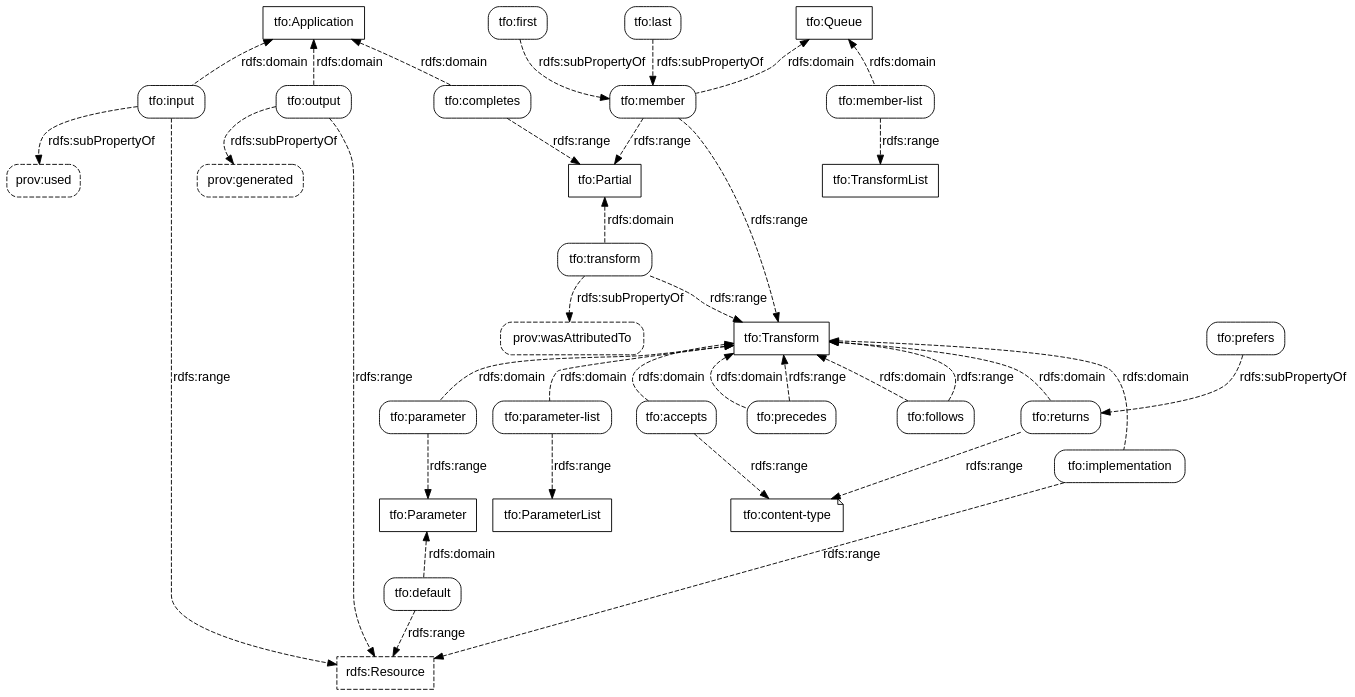
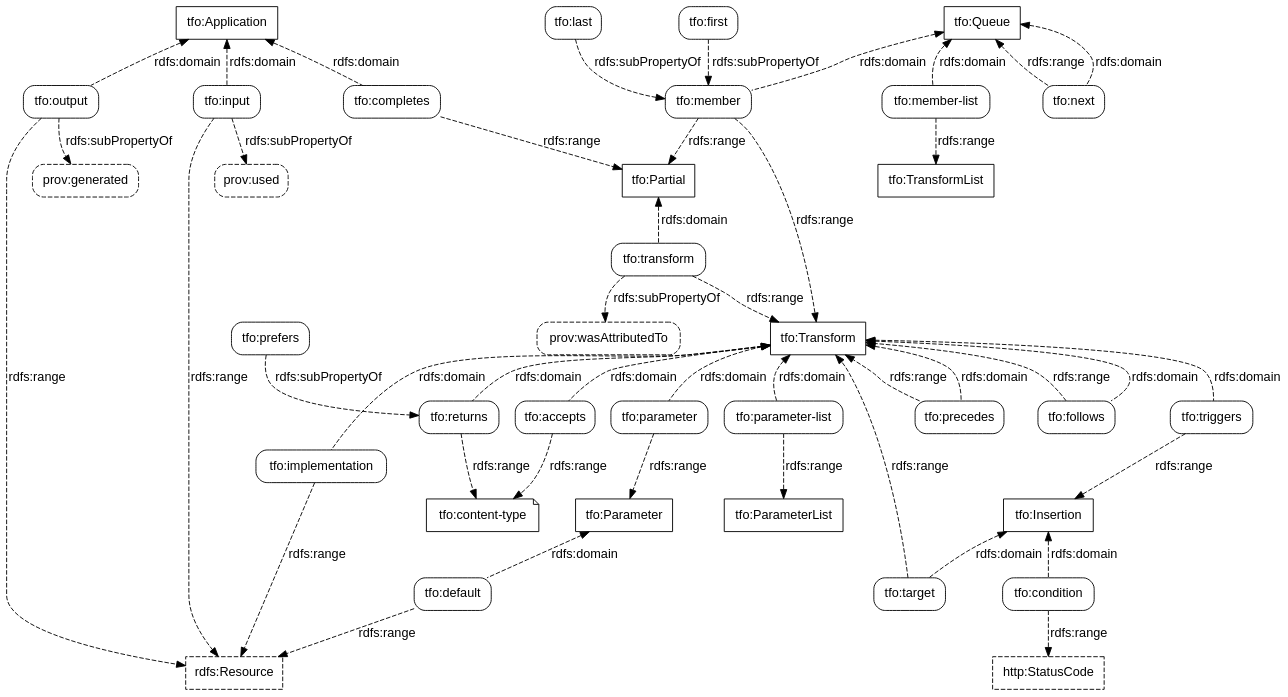
One commit to doriantaylor/owl-transformation changed the diagram in transformation-properties.dot. Above: the diagram before and after it, drawn with Graphviz. The commit also changed 4 other files, not shown here.

```diff
--- a/transformation-properties.dot
+++ b/transformation-properties.dot
@@ -1,119 +1,138 @@
 digraph {
     graph [bgcolor=transparent,rankdir=TB];
     node [shape=box,style=rounded,color="#000000",fontcolor="#000000",fontname="Lucida Grande, Lucida Sans Unicode, sans-serif"];
     edge [concentrate=true,color="#000000",fontcolor="#000000",fontname="Lucida Grande, Lucida Sans Unicode, sans-serif"];
 
     subgraph {
         node [shape=box, style=dashed];
         rdfs_Resource [label="rdfs:Resource", target="_parent", href="https://www.w3.org/TR/rdf-schema/#ch_resource"];
+        http_StatusCode [label="http:StatusCode", target="_parent", href="https://www.w3.org/TR/HTTP-in-RDF10/#StatusCodeClass"];
     }
 
     // our classes
 
     subgraph {
         node [shape=box, style=""];
         tfo_Transform [label="tfo:Transform", target="_parent", href="https://vocab.methodandstructure.com/transformation#Transform"];
         tfo_Parameter [label="tfo:Parameter", target="_parent", href="https://vocab.methodandstructure.com/transformation#Parameter"];
         tfo_ParameterList [label="tfo:ParameterList", target="_parent", href="https://vocab.methodandstructure.com/transformation#ParameterList"];
         tfo_Queue [label="tfo:Queue", target="_parent", href="https://vocab.methodandstructure.com/transformation#Queue"];
+        tfo_Insertion [label="tfo:Insertion", target="_parent", href="https://vocab.methodandstructure.com/transformation#Insertion"];
         tfo_TransformList [label="tfo:TransformList", target="_parent", href="https://vocab.methodandstructure.com/transformation#TransformList"];
         tfo_Partial [label="tfo:Partial", target="_parent", href="https://vocab.methodandstructure.com/transformation#Partial"];
         tfo_Application [label="tfo:Application", target="_parent", href="https://vocab.methodandstructure.com/transformation#Application"];
     }
 
     // our datatypes
     subgraph {
         node [shape=note];
         tfo_content_type [label="tfo:content-type", target="_parent", href="https://vocab.methodandstructure.com/transformation#content-type"];
     }
 
     // third-party properties
 
     subgraph {
         node [style="dashed,rounded"];
         prov_used [label="prov:used", target="_parent", href="https://www.w3.org/TR/prov-o/#used"];
         prov_generated [label="prov:generated", target="_parent", href="https://www.w3.org/TR/prov-o/#generated"];
         prov_wasAttributedTo [label="prov:wasAttributedTo", target="_parent", href="https://www.w3.org/TR/prov-o/#wasAttributedTo"];
     }
 
 
     // our properties
 
     tfo_accepts [label="tfo:accepts", target="_parent", href="https://vocab.methodandstructure.com/transformation#accepts"];
     tfo_returns [label="tfo:returns", target="_parent", href="https://vocab.methodandstructure.com/transformation#returns"];
     tfo_prefers [label="tfo:prefers", target="_parent", href="https://vocab.methodandstructure.com/transformation#prefers"];
     tfo_implementation [label="tfo:implementation", target="_parent", href="https://vocab.methodandstructure.com/transformation#implementation"];
     tfo_parameter [label="tfo:parameter", target="_parent", href="https://vocab.methodandstructure.com/transformation#parameter"];
     tfo_parameter_list [label="tfo:parameter-list", target="_parent", href="https://vocab.methodandstructure.com/transformation#parameter-list"];
     tfo_default [label="tfo:default", target="_parent", href="https://vocab.methodandstructure.com/transformation#default"];
+    tfo_triggers [label="tfo:triggers", target="_parent", href="https://vocab.methodandstructure.com/transformation#triggers"];
+
 
     tfo_completes [label="tfo:completes", target="_parent", href="https://vocab.methodandstructure.com/transformation#completes"];
     tfo_input [label="tfo:input", target="_parent", href="https://vocab.methodandstructure.com/transformation#input"];
     tfo_output [label="tfo:output", target="_parent", href="https://vocab.methodandstructure.com/transformation#output"];
     tfo_transform [label="tfo:transform", target="_parent", href="https://vocab.methodandstructure.com/transformation#transform"];
 
     tfo_member [label="tfo:member", target="_parent", href="https://vocab.methodandstructure.com/transformation#member"];
-    tfo_member_list [label="tfo:member-list", target="_parent", href="https://vocab.methodandstructure.com/transformation#member-lits"];
+    tfo_member_list [label="tfo:member-list", target="_parent", href="https://vocab.methodandstructure.com/transformation#member-list"];
+    tfo_next [label="tfo:next", target="_parent", href="https://vocab.methodandstructure.com/transformation#next"];
     tfo_precedes [label="tfo:precedes", target="_parent", href="https://vocab.methodandstructure.com/transformation#precedes"];
     tfo_follows [label="tfo:follows", target="_parent", href="https://vocab.methodandstructure.com/transformation#follows"];
     tfo_first [label="tfo:first", target="_parent", href="https://vocab.methodandstructure.com/transformation#first"];
     tfo_last [label="tfo:last", target="_parent", href="https://vocab.methodandstructure.com/transformation#last"];
+    tfo_condition [label="tfo:condition", target="_parent", href="https://vocab.methodandstructure.com/transformation#condition"];
+    tfo_target [label="tfo:target", target="_parent", href="https://vocab.methodandstructure.com/transformation#target"];
 
     subgraph {
         edge [style=dashed, label="rdfs:subPropertyOf"];
         tfo_prefers   -> tfo_returns;
         tfo_input     -> prov_used;
         tfo_output    -> prov_generated;
         tfo_transform -> prov_wasAttributedTo;
 
         tfo_first -> tfo_member;
         tfo_last  -> tfo_member;
     }
 
     subgraph {
         edge [style=dashed, dir=back, label="rdfs:domain"];
         tfo_Transform -> tfo_accepts;
         tfo_Transform -> tfo_returns;
         tfo_Transform -> tfo_implementation;
         tfo_Transform -> tfo_parameter;
         tfo_Transform -> tfo_parameter_list;
         tfo_Transform -> tfo_precedes;
         tfo_Transform -> tfo_follows;
+        tfo_Transform -> tfo_triggers;
 
         tfo_Parameter -> tfo_default;
 
         tfo_Queue -> tfo_member;
         tfo_Queue -> tfo_member_list;
+
+        tfo_Queue -> tfo_next;
+
+        tfo_Insertion -> tfo_condition;
+        tfo_Insertion -> tfo_target;
 
         tfo_Partial -> tfo_transform;
 
         tfo_Application -> tfo_completes;
         tfo_Application -> tfo_input;
         tfo_Application -> tfo_output;
     }
 
     subgraph {
         edge [style=dashed, label="rdfs:range"];
 
         tfo_accepts -> tfo_content_type;
         tfo_returns -> tfo_content_type;
 
         tfo_parameter      -> tfo_Parameter;
         tfo_parameter_list -> tfo_ParameterList;
 
         tfo_member      -> tfo_Transform;
         tfo_member      -> tfo_Partial;
         tfo_member_list -> tfo_TransformList;
 
+        tfo_next -> tfo_Queue;
+
         tfo_transform -> tfo_Transform;
         tfo_precedes  -> tfo_Transform;
         tfo_follows   -> tfo_Transform;
+
+        tfo_triggers  -> tfo_Insertion;
+        tfo_target    -> tfo_Transform;
+        tfo_condition -> http_StatusCode;
 
         tfo_completes -> tfo_Partial;
 
         tfo_implementation -> rdfs_Resource;
         tfo_default        -> rdfs_Resource;
         tfo_input          -> rdfs_Resource;
         tfo_output         -> rdfs_Resource;
     }
 }
```
